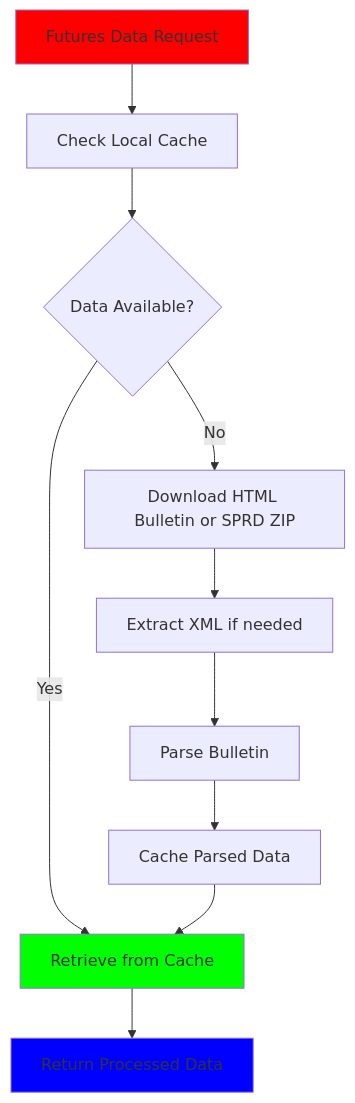
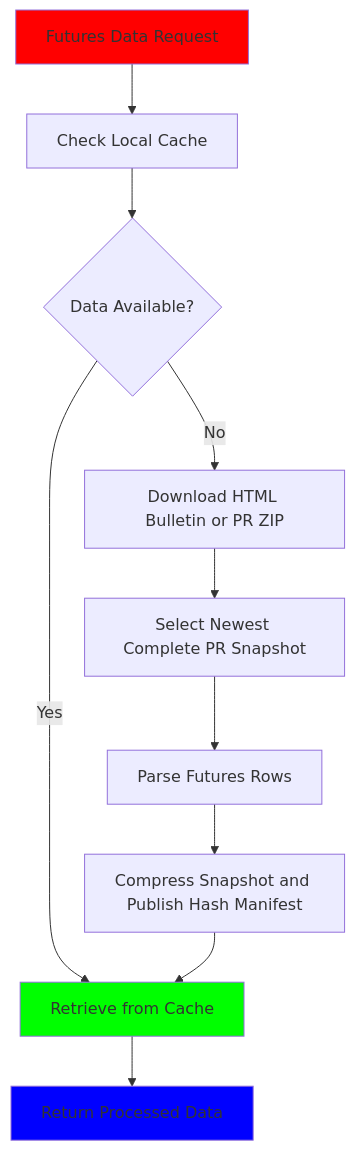
The diagram in README.md (hugorteixeira/brfutures), drawn with Mermaid before and after one commit. The commit also changed other lines of this file and 32 other files, not shown here.

Commit message:
feat: centralize canonical B3 futures reference data

````diff
--- a/README.md
+++ b/README.md
@@ -448,16 +469,16 @@
 ```mermaid
 graph TD
     A[Futures Data Request] --> B[Check Local Cache]
     B --> C{Data Available?}
     C -->|Yes| D[Retrieve from Cache]
-    C -->|No| E[Download HTML Bulletin or SPRD ZIP]
-    E --> F[Extract XML if needed]
-    F --> G[Parse Bulletin]
-    G --> H[Cache Parsed Data]
+    C -->|No| E[Download HTML Bulletin or PR ZIP]
+    E --> F[Select Newest Complete PR Snapshot]
+    F --> G[Parse Futures Rows]
+    G --> H[Compress Snapshot and Publish Hash Manifest]
     H --> D
     D --> I[Return Processed Data]
     
     style A fill:#FF0000
     style D fill:#00FF00
     style I fill:#0000FF
 ```
````
